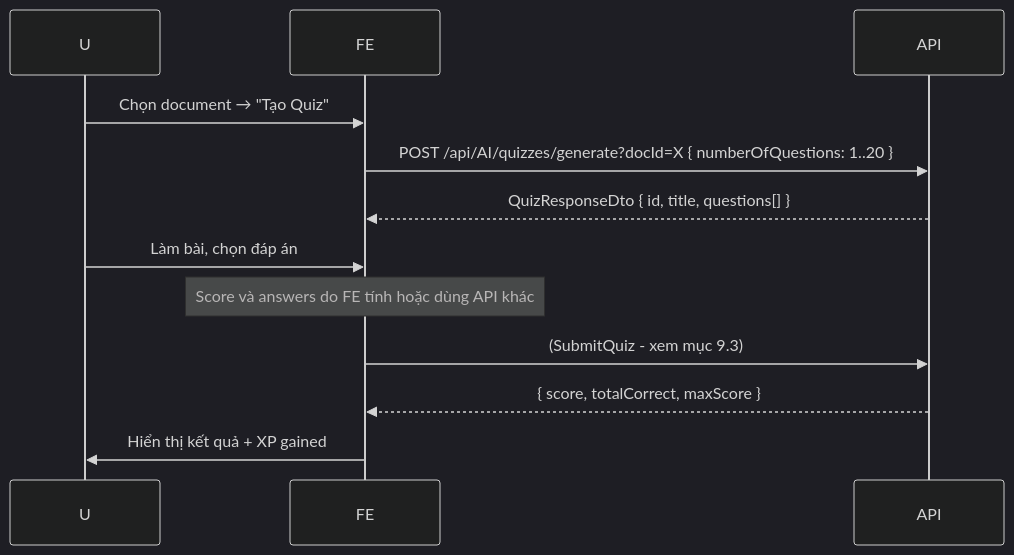
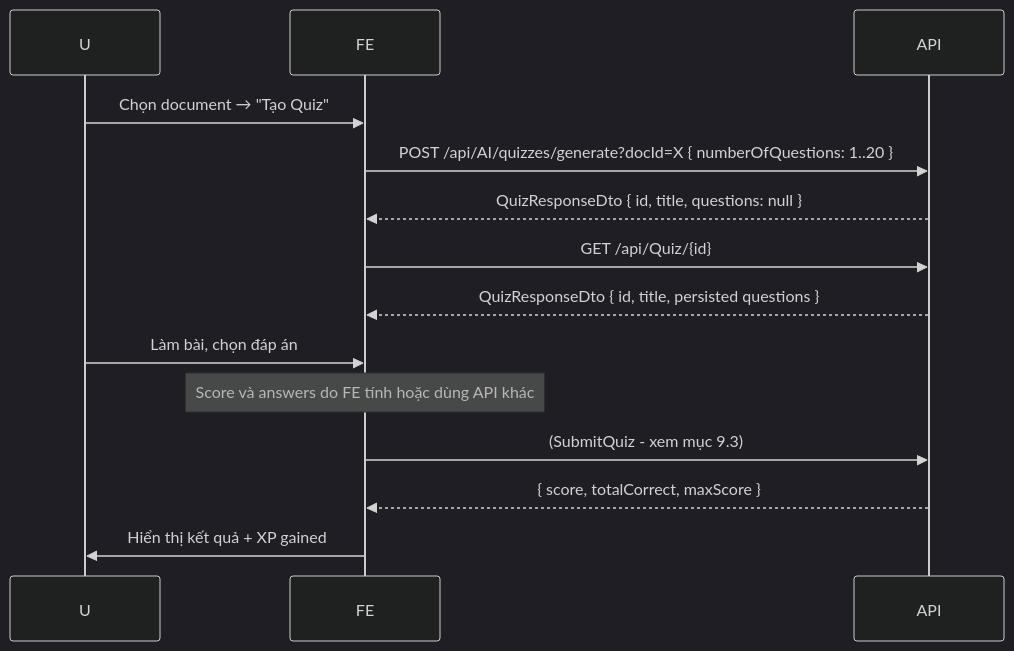
One commit to SWP391-SU26-SE1923-GROUP5/BE-SWP changed the sixth of 10 diagrams in docs/FRONTEND_GUIDE.md. Above: the diagram before and after it, drawn with Mermaid (dark theme). The commit also changed other lines of this file and 2 other files, not shown here.

````diff
--- a/docs/FRONTEND_GUIDE.md
+++ b/docs/FRONTEND_GUIDE.md
@@ -167,11 +167,13 @@
 ```mermaid
 sequenceDiagram
     U->>FE: Chọn document → "Tạo Quiz"
     FE->>API: POST /api/AI/quizzes/generate?docId=X { numberOfQuestions: 1..20 }
-    API-->>FE: QuizResponseDto { id, title, questions[] }
+    API-->>FE: QuizResponseDto { id, title, questions: null }
+    FE->>API: GET /api/Quiz/{id}
+    API-->>FE: QuizResponseDto { id, title, persisted questions }
     U->>FE: Làm bài, chọn đáp án
     Note over FE: Score và answers do FE tính hoặc dùng API khác
     FE->>API: (SubmitQuiz - xem mục 9.3)
     API-->>FE: { score, totalCorrect, maxScore }
     FE->>U: Hiển thị kết quả + XP gained
 ```
````
